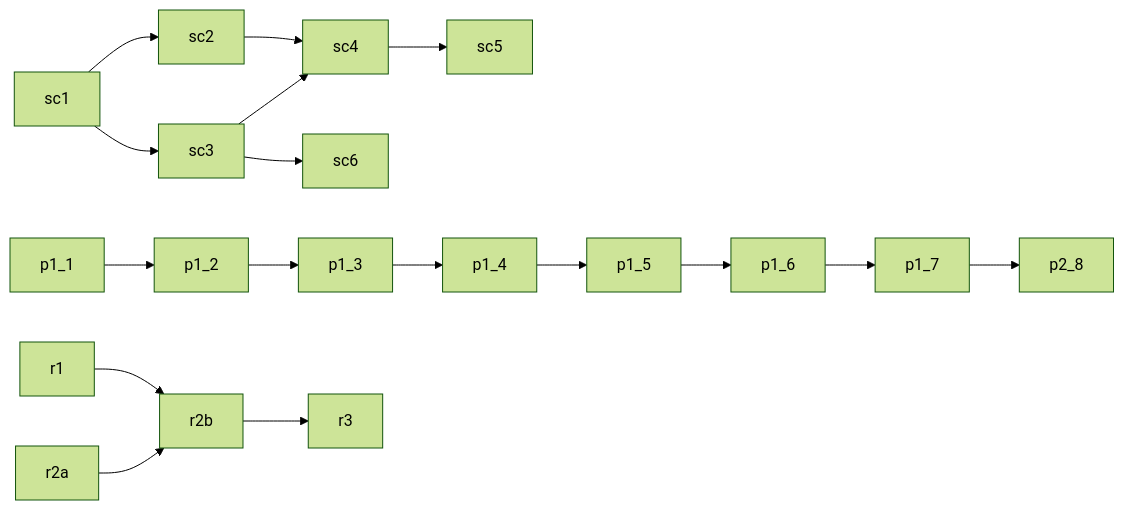
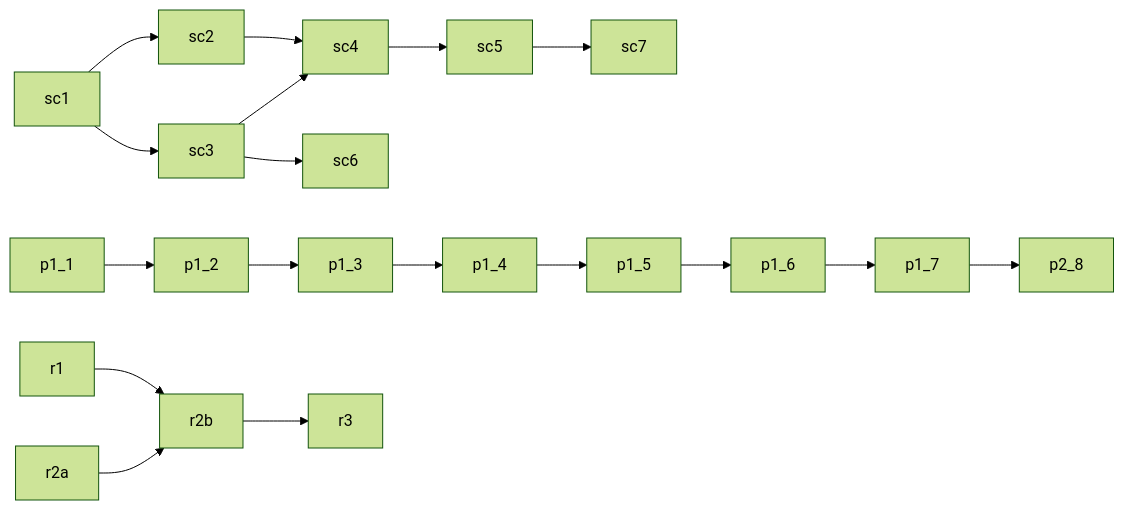
One commit to Cal-Starfur/Tipsy changed the diagram in build_queue.md. Above: the diagram before and after it, drawn with Mermaid (forest theme). The commit also changed other lines of this file and 3 other files, not shown here.

````diff
--- a/build_queue.md
+++ b/build_queue.md
@@ -7,19 +7,20 @@
 ```mermaid
 graph LR
   sc1 --> sc2
   sc1 --> sc3
   sc2 --> sc4
   sc3 --> sc4
   sc4 --> sc5
   sc3 --> sc6
+  sc5 --> sc7
   p1_1 --> p1_2
   p1_2 --> p1_3
   p1_3 --> p1_4
   p1_4 --> p1_5
   p1_5 --> p1_6
   p1_6 --> p1_7
   p1_7 --> p2_8
   r1 --> r2b
   r2a --> r2b
   r2b --> r3
 ```
````
